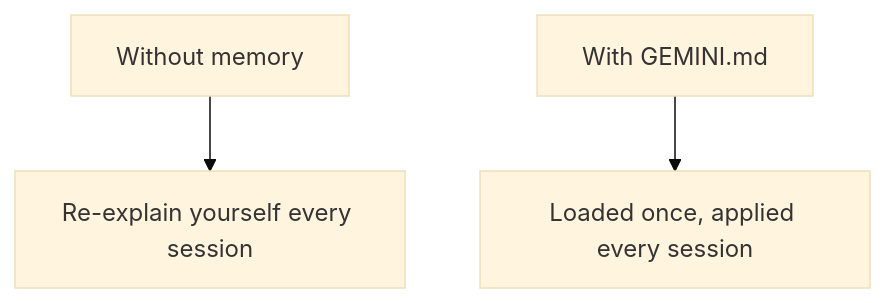
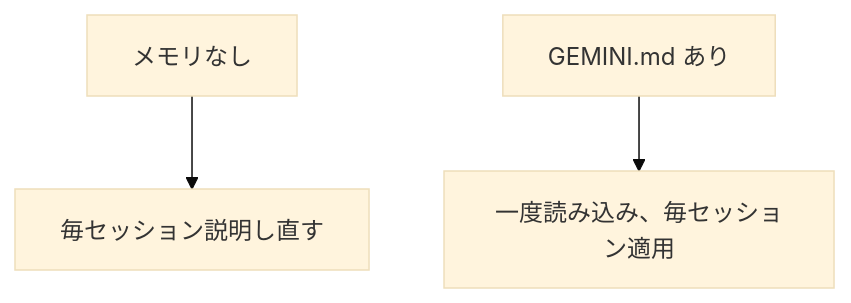
Before and after one commit to KakkoiDev/izumo-io: the diagram in content/ai/a05.ja.md, drawn with Mermaid (base theme). The commit also changed 47 other files, not shown here.

First line of the commit message:
Translate mermaid diagram labels to JA + PT in AI lessons

````diff
--- a/content/ai/a05.ja.md
+++ b/content/ai/a05.ja.md
@@ -19,5 +19,5 @@
 ```mermaid
 flowchart TD
-    A[Without memory] --> B[Re-explain yourself every session]
-    C[With GEMINI.md] --> D[Loaded once, applied every session]
+    A[メモリなし] --> B[毎セッション説明し直す]
+    C[GEMINI.md あり] --> D[一度読み込み、毎セッション適用]
 ```
````
